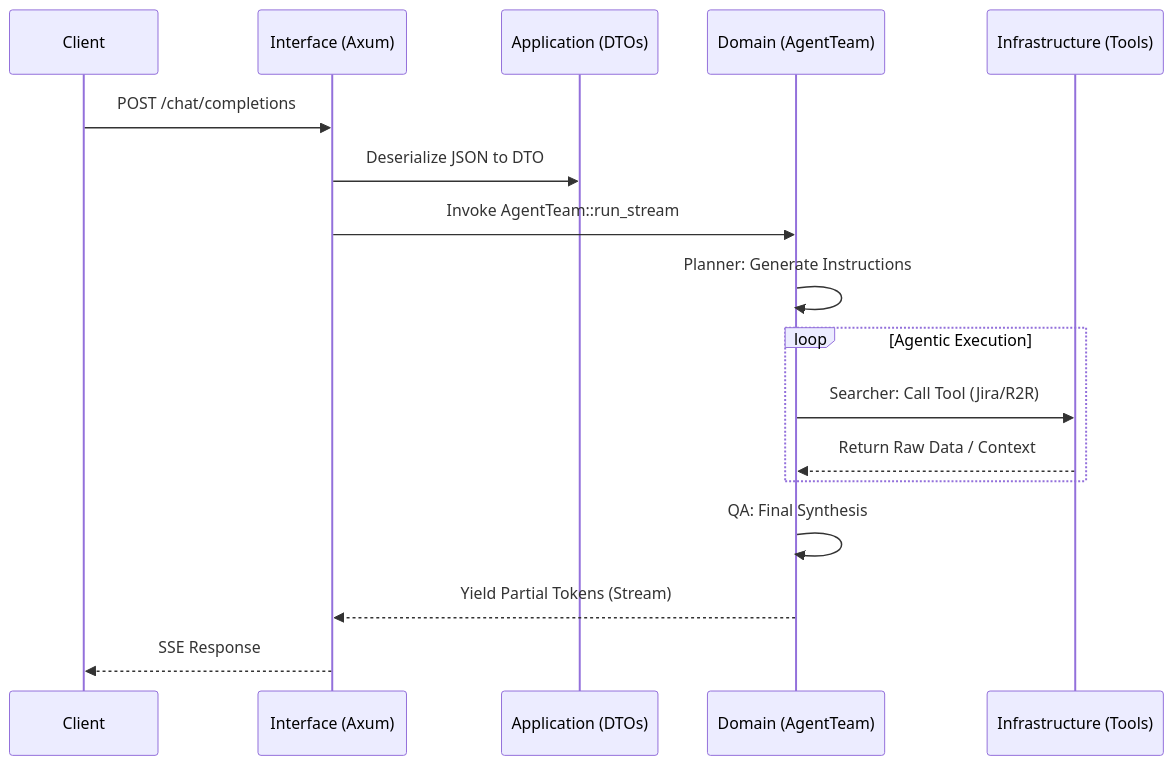
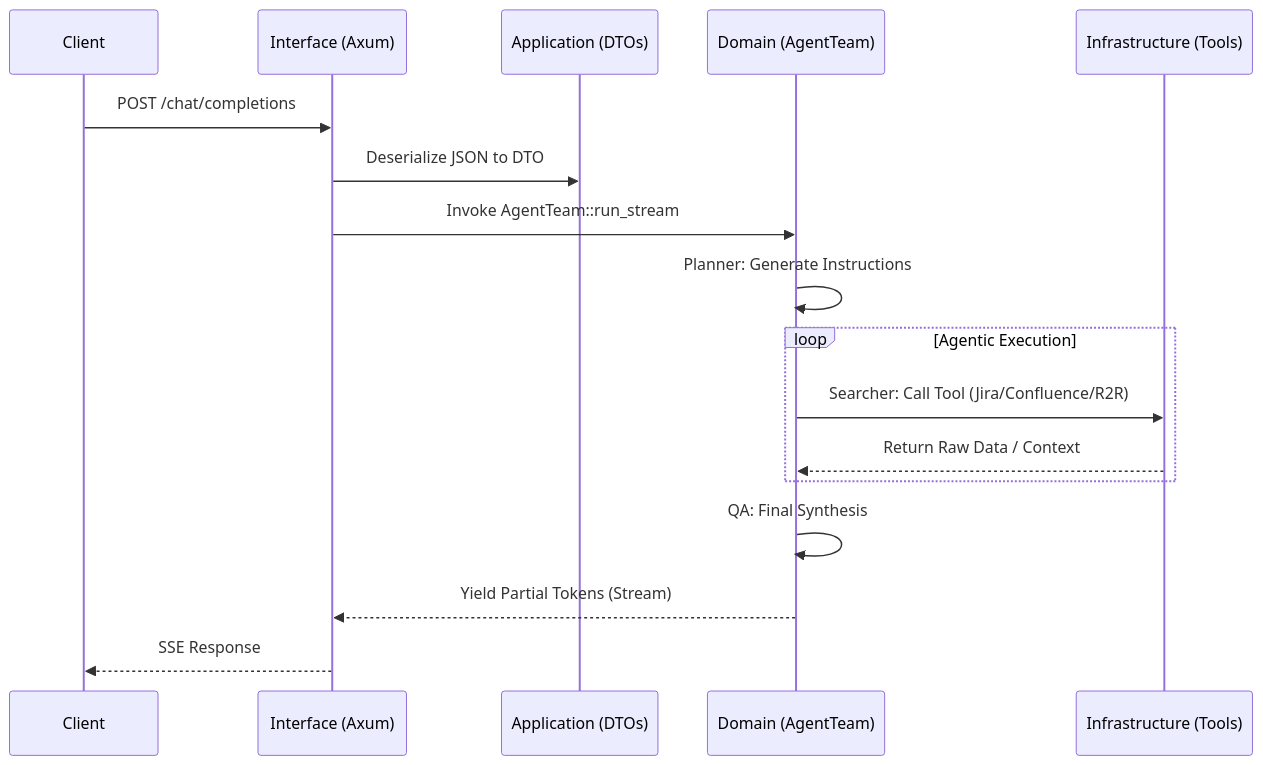
One commit to lgcorzo/fastapi-autogen-team changed the diagram in wiki/v2_architecture.md. Above: the diagram before and after it, drawn with Mermaid. The commit also changed other lines of this file and 3 other files, not shown here.

Commit message:
docs: add Confluence tool documentation to README and wiki

````diff
--- a/wiki/v2_architecture.md
+++ b/wiki/v2_architecture.md
@@ -43,20 +44,20 @@
 ```mermaid
 sequenceDiagram
     participant C as Client
     participant I as Interface (Axum)
     participant A as Application (DTOs)
     participant D as Domain (AgentTeam)
     participant Inf as Infrastructure (Tools)
 
     C->>I: POST /chat/completions
     I->>A: Deserialize JSON to DTO
     I->>D: Invoke AgentTeam::run_stream
     D->>D: Planner: Generate Instructions
     loop Agentic Execution
-        D->>Inf: Searcher: Call Tool (Jira/R2R)
+        D->>Inf: Searcher: Call Tool (Jira/Confluence/R2R)
         Inf-->>D: Return Raw Data / Context
     end
     D->>D: QA: Final Synthesis
     D-->>I: Yield Partial Tokens (Stream)
     I-->>C: SSE Response
 ```
````
